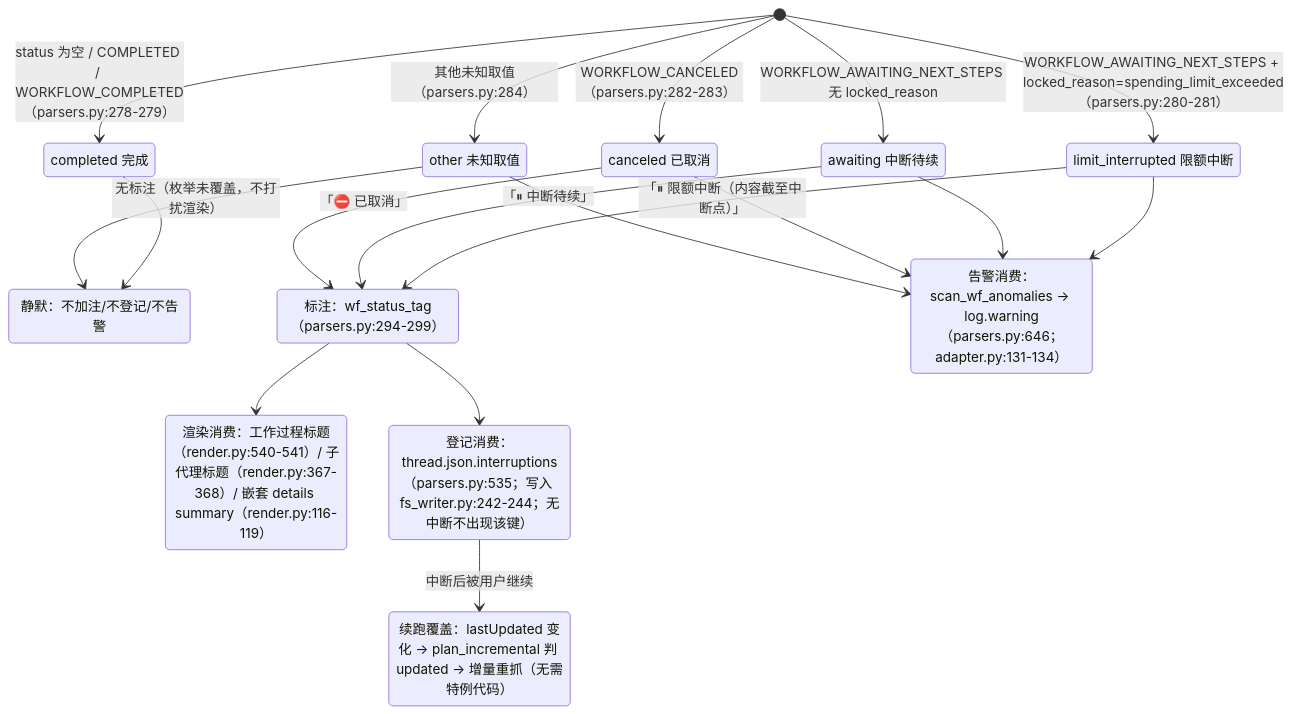
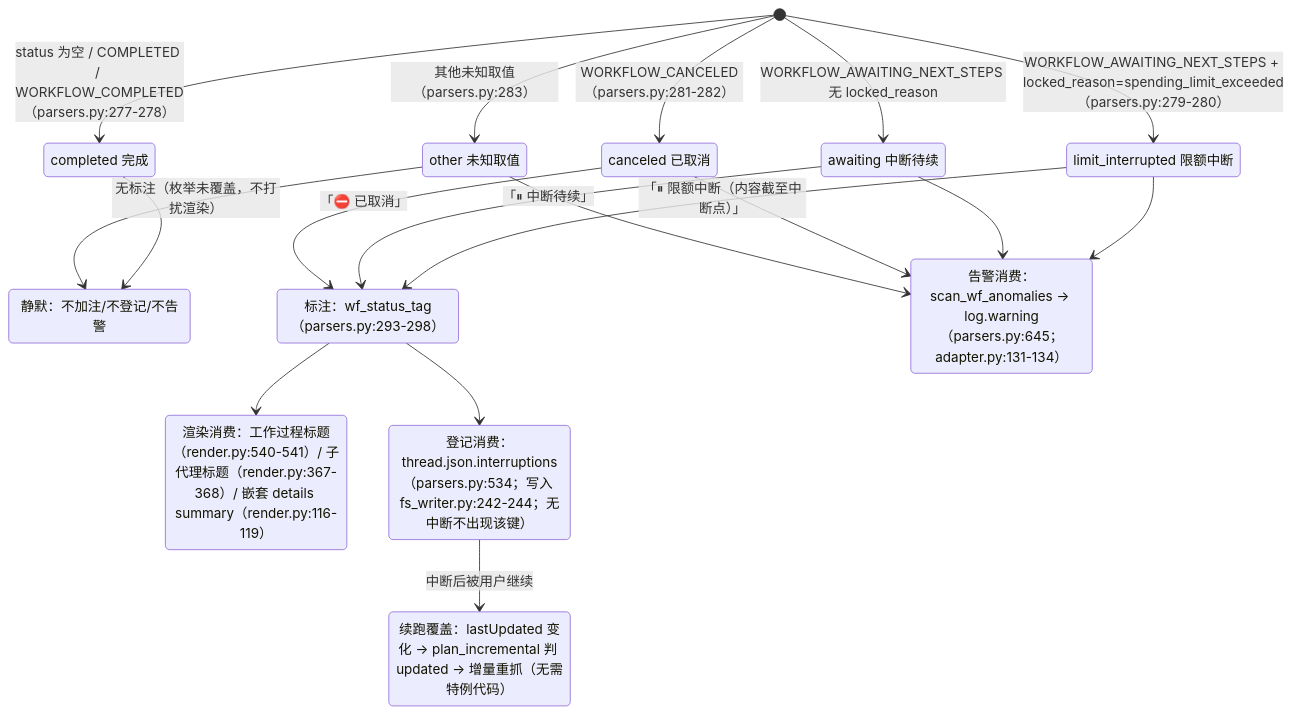
One commit to Yiksing/pplx-tools changed the second of 2 diagrams in docs/architecture/subagents-interruptions.zh-CN.md. Above: the diagram before and after it, drawn with Mermaid. The commit also changed other lines of this file and 54 other files, not shown here.

````diff
--- a/docs/architecture/subagents-interruptions.zh-CN.md
+++ b/docs/architecture/subagents-interruptions.zh-CN.md
@@ -51,33 +51,33 @@
 ```mermaid
 stateDiagram-v2
     state "completed 完成" as c1
     state "limit_interrupted 限额中断" as c2
     state "awaiting 中断待续" as c3
     state "canceled 已取消" as c4
     state "other 未知取值" as c5
     state "静默：不加注/不登记/不告警" as quiet
-    state "标注：wf_status_tag（parsers.py:294-299）" as tag
+    state "标注：wf_status_tag（parsers.py:293-298）" as tag
     state "渲染消费：工作过程标题（render.py:540-541）/ 子代理标题（render.py:367-368）/ 嵌套 details summary（render.py:116-119）" as consume1
-    state "登记消费：thread.json.interruptions（parsers.py:535；写入 fs_writer.py:242-244；无中断不出现该键）" as consume2
-    state "告警消费：scan_wf_anomalies → log.warning（parsers.py:646；adapter.py:131-134）" as consume3
+    state "登记消费：thread.json.interruptions（parsers.py:534；写入 fs_writer.py:242-244；无中断不出现该键）" as consume2
+    state "告警消费：scan_wf_anomalies → log.warning（parsers.py:645；adapter.py:131-134）" as consume3
     state "续跑覆盖：lastUpdated 变化 → plan_incremental 判 updated → 增量重抓（无需特例代码）" as cont
 
-    [*] --> c1 : status 为空 / COMPLETED / WORKFLOW_COMPLETED（parsers.py:278-279）
-    [*] --> c2 : WORKFLOW_AWAITING_NEXT_STEPS + locked_reason=spending_limit_exceeded（parsers.py:280-281）
+    [*] --> c1 : status 为空 / COMPLETED / WORKFLOW_COMPLETED（parsers.py:277-278）
+    [*] --> c2 : WORKFLOW_AWAITING_NEXT_STEPS + locked_reason=spending_limit_exceeded（parsers.py:279-280）
     [*] --> c3 : WORKFLOW_AWAITING_NEXT_STEPS 无 locked_reason
-    [*] --> c4 : WORKFLOW_CANCELED（parsers.py:282-283）
-    [*] --> c5 : 其他未知取值（parsers.py:284）
+    [*] --> c4 : WORKFLOW_CANCELED（parsers.py:281-282）
+    [*] --> c5 : 其他未知取值（parsers.py:283）
 
     c1 --> quiet
     c5 --> quiet : 无标注（枚举未覆盖，不打扰渲染）
     c2 --> tag : 「⏸ 限额中断（内容截至中断点）」
     c3 --> tag : 「⏸ 中断待续」
     c4 --> tag : 「⛔ 已取消」
     tag --> consume1
     tag --> consume2
     c2 --> consume3
     c3 --> consume3
     c4 --> consume3
     c5 --> consume3
     consume2 --> cont : 中断后被用户继续
 ```
````
